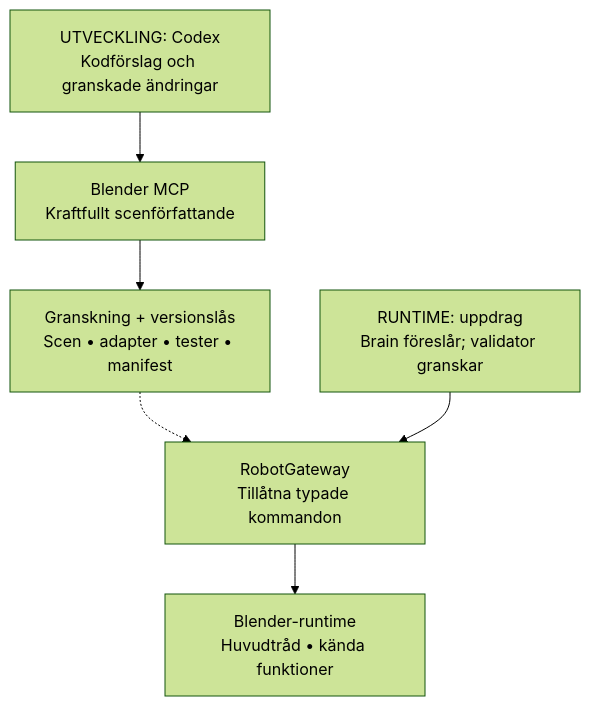
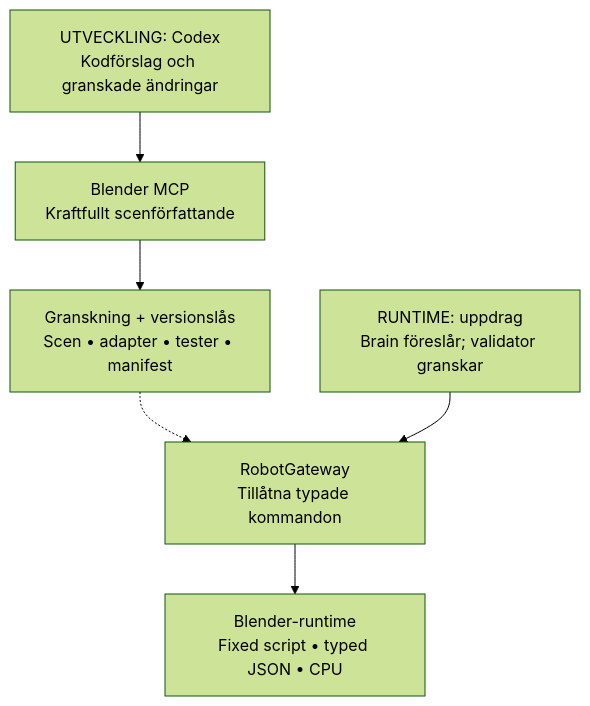
The diagram in sources/diagrams/trust.mmd (raal1600/SICS-RobotOps-Twin-E2E-Warehouse-Robotics-Integration-Simulator), drawn with Mermaid (forest theme) before and after one commit. The commit also changed 160 other files, not shown here.

```diff
--- a/sources/diagrams/trust.mmd
+++ b/sources/diagrams/trust.mmd
@@ -1,12 +1,12 @@
 flowchart TD
   agent["UTVECKLING: Codex<br/>Kodförslag och granskade ändringar"]
   mcp["Blender MCP<br/>Kraftfullt scenförfattande"]
   review["Granskning + versionslås<br/>Scen • adapter • tester • manifest"]
   request["RUNTIME: uppdrag<br/>Brain föreslår; validator granskar"]
   gateway["RobotGateway<br/>Tillåtna typade kommandon"]
-  blender["Blender-runtime<br/>Huvudtråd • kända funktioner"]
+  blender["Blender-runtime<br/>Fixed script • typed JSON • CPU"]
   agent --> mcp
   mcp --> review
   review -.-> gateway
   request --> gateway
   gateway --> blender
```
